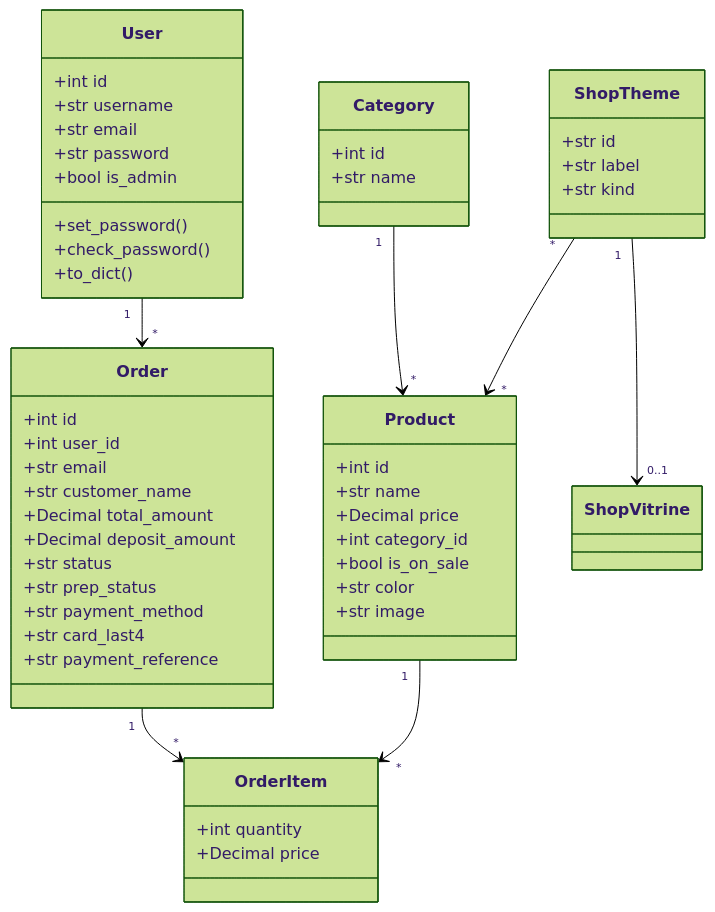
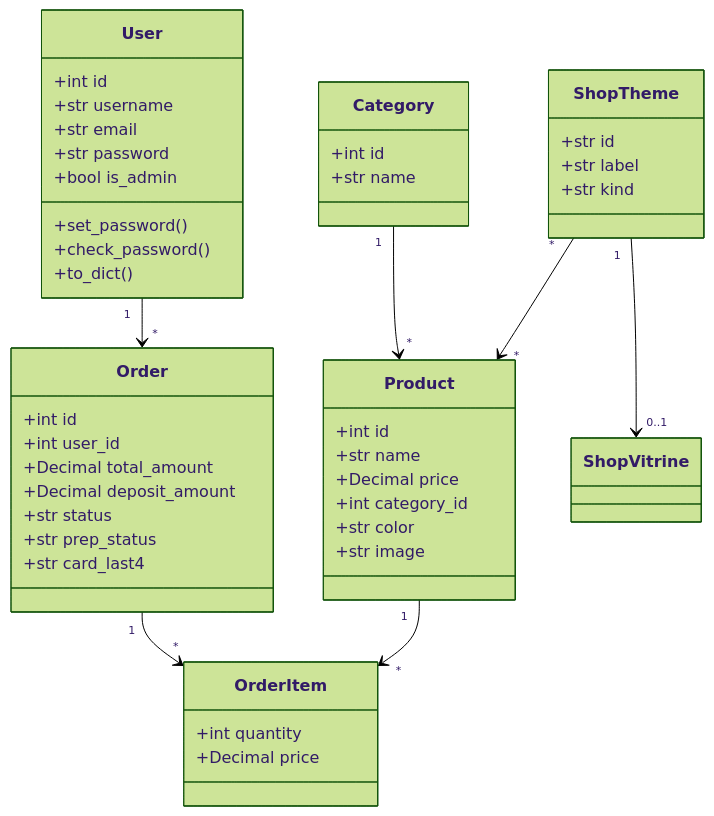
The third of 3 diagrams in README.md (Issercio/Demo-day), drawn with Mermaid (forest theme) before and after one commit. The commit also changed other lines of this file and 3 other files, not shown here.

````diff
--- a/README.md
+++ b/README.md
@@ -272,54 +309,49 @@
 ```mermaid
 classDiagram
   class User {
     +int id
     +str username
     +str email
     +str password
     +bool is_admin
     +set_password()
     +check_password()
     +to_dict()
   }
   class Product {
     +int id
     +str name
     +Decimal price
     +int category_id
-    +bool is_on_sale
     +str color
     +str image
   }
   class Category {
     +int id
     +str name
   }
   class Order {
     +int id
     +int user_id
-    +str email
-    +str customer_name
     +Decimal total_amount
     +Decimal deposit_amount
     +str status
     +str prep_status
-    +str payment_method
     +str card_last4
-    +str payment_reference
   }
   class OrderItem {
     +int quantity
     +Decimal price
   }
   class ShopTheme {
     +str id
     +str label
     +str kind
   }
   User "1" --> "*" Order
   Category "1" --> "*" Product
   Order "1" --> "*" OrderItem
   Product "1" --> "*" OrderItem
   ShopTheme "*" --> "*" Product
   ShopTheme "1" --> "0..1" ShopVitrine
 ```
````
